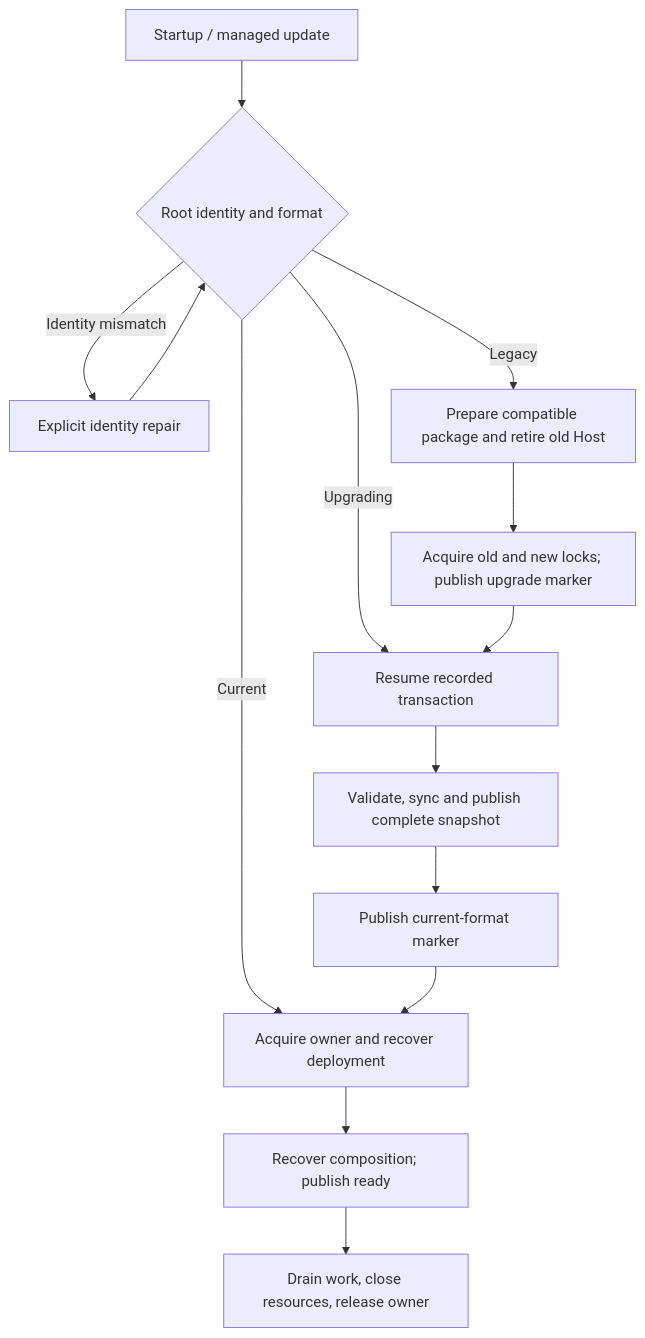
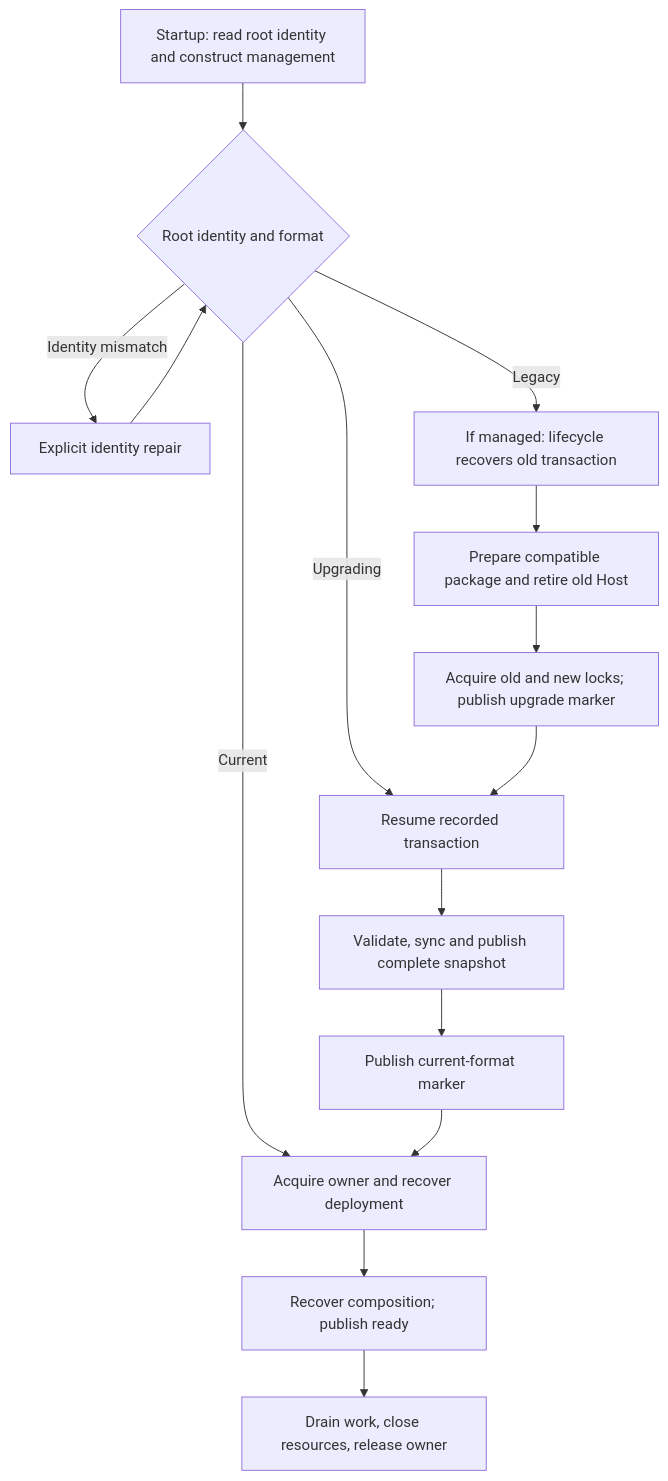
One commit to Astro-Han/maka-agent changed the second of 3 diagrams in docs/architecture/runtime-host-architecture.md. Above: the diagram before and after it, drawn with Mermaid. The commit also changed other lines of this file and 15 other files, not shown here.

Commit message:
fix(runtime-host): separate identity discovery from upgrade admission

````diff
--- a/docs/architecture/runtime-host-architecture.md
+++ b/docs/architecture/runtime-host-architecture.md
@@ -115,16 +119,17 @@
 ```mermaid
 flowchart TD
-  A[Startup / managed update] --> B{Root identity and format}
+  A[Startup: read root identity and construct management] --> B{Root identity and format}
   B -->|Identity mismatch| C[Explicit identity repair]
   C --> B
   B -->|Current| H[Acquire owner and recover deployment]
-  B -->|Legacy| D[Prepare compatible package and retire old Host]
+  B -->|Legacy| L[If managed: lifecycle recovers old transaction]
+  L --> D[Prepare compatible package and retire old Host]
   D --> E[Acquire old and new locks; publish upgrade marker]
   B -->|Upgrading| F[Resume recorded transaction]
   E --> F
   F --> G[Validate, sync and publish complete snapshot]
   G --> I[Publish current-format marker]
   I --> H
   H --> J[Recover composition; publish ready]
   J --> K[Drain work, close resources, release owner]
 ```
````
